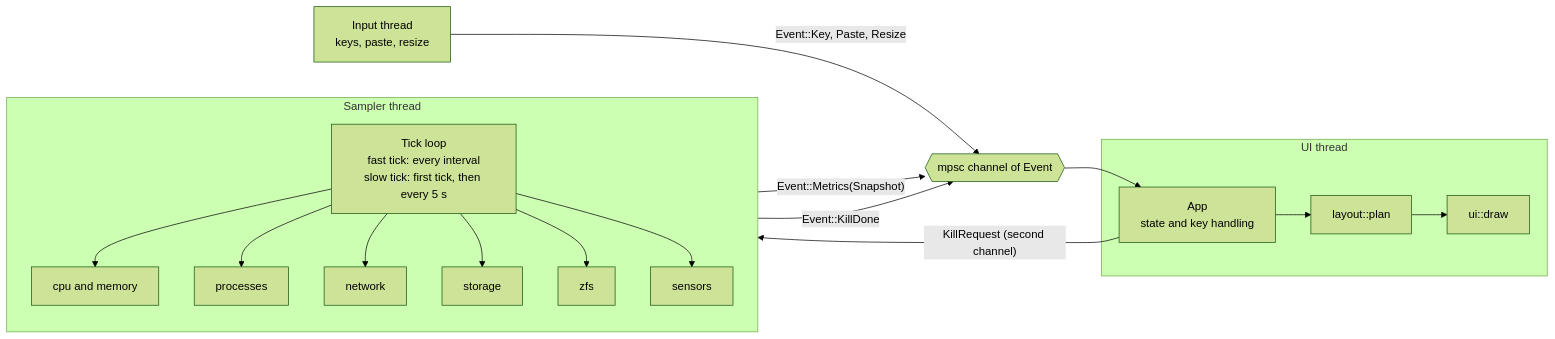
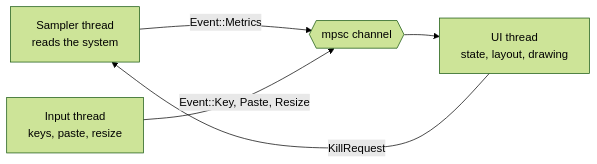
The diagram in README.md (DarkWaveLabs/rtop), drawn with Mermaid (forest theme) before and after one commit. The commit also changed other lines of this file and 9 other files, not shown here.

````diff
--- a/README.md
+++ b/README.md
@@ -407,34 +105,7 @@
 ```mermaid
 flowchart LR
-    subgraph sampler["Sampler thread"]
-        tick["Tick loop<br/>fast tick: every interval<br/>slow tick: first tick, then every 5 s"]
-        cpu["cpu and memory"]
-        procs["processes"]
-        net["network"]
-        stor["storage"]
-        zfs["zfs"]
-        sens["sensors"]
-        tick --> cpu
-        tick --> procs
-        tick --> net
-        tick --> stor
-        tick --> zfs
-        tick --> sens
-    end
-
-    inp["Input thread<br/>keys, paste, resize"]
-    chan{{"mpsc channel of Event"}}
-
-    subgraph ui["UI thread"]
-        app["App<br/>state and key handling"]
-        plan["layout::plan"]
-        draw["ui::draw"]
-        app --> plan --> draw
-    end
-
-    sampler -- "Event::Metrics(Snapshot)" --> chan
-    inp -- "Event::Key, Paste, Resize" --> chan
-    chan --> app
-    app -- "KillRequest (second channel)" --> sampler
-    sampler -- "Event::KillDone" --> chan
+    S["Sampler thread<br/>reads the system"] -- "Event::Metrics" --> C{{"mpsc channel"}}
+    I["Input thread<br/>keys, paste, resize"] -- "Event::Key, Paste, Resize" --> C
+    C --> U["UI thread<br/>state, layout, drawing"]
+    U -- "KillRequest" --> S
 ```
````
